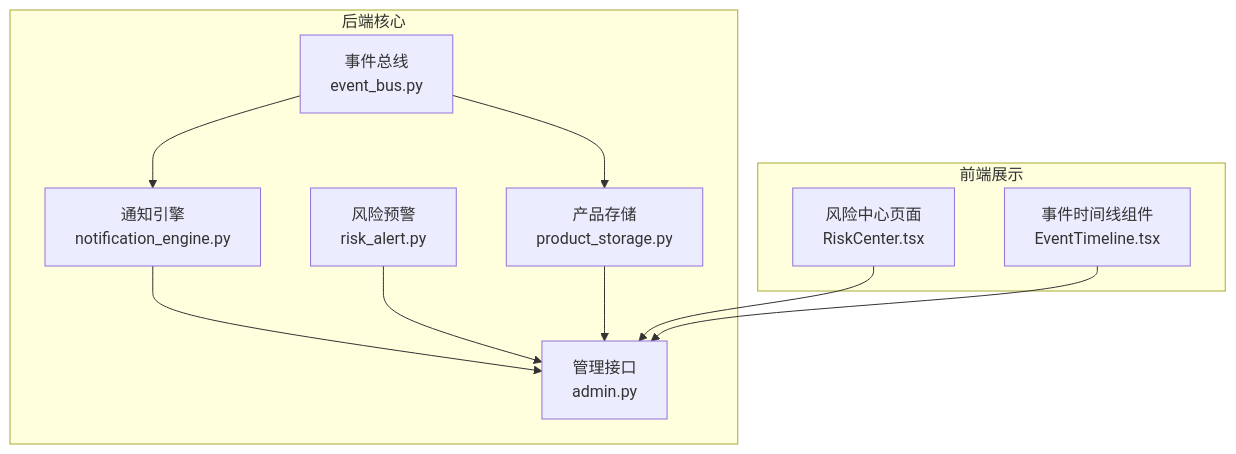
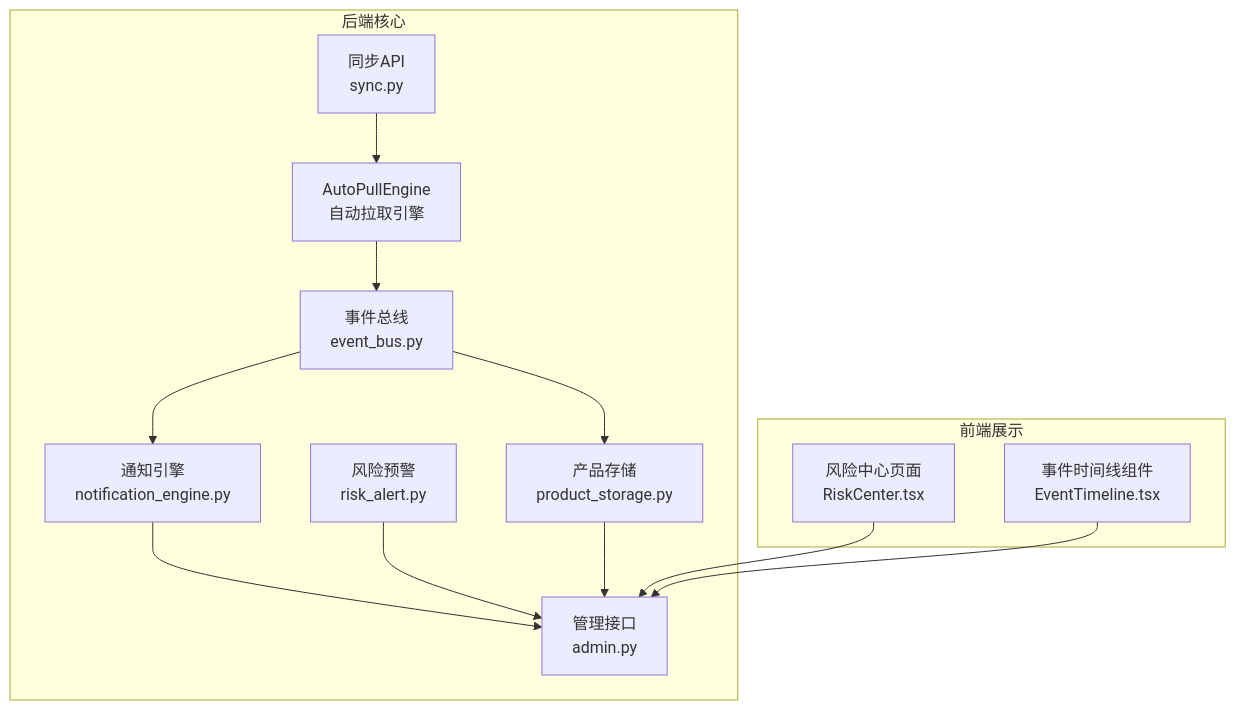
The first of 9 diagrams in .qoder/repowiki/zh/content/监控与运维/日志管理.md (angledick/-), drawn with Mermaid before and after one commit. The commit also changed other lines of this file and 9 other files, not shown here.

````diff
--- a/.qoder/repowiki/zh/content/监控与运维/日志管理.md
+++ b/.qoder/repowiki/zh/content/监控与运维/日志管理.md
@@ -39,21 +56,25 @@
 ```mermaid
 graph TB
 subgraph "后端核心"
+APE["AutoPullEngine<br/>自动拉取引擎"]
 EB["事件总线<br/>event_bus.py"]
 NE["通知引擎<br/>notification_engine.py"]
 RA["风险预警<br/>risk_alert.py"]
 PS["产品存储<br/>product_storage.py"]
 ADM["管理接口<br/>admin.py"]
+SYNCAPI["同步API<br/>sync.py"]
 end
 subgraph "前端展示"
 RC["风险中心页面<br/>RiskCenter.tsx"]
 ET["事件时间线组件<br/>EventTimeline.tsx"]
 end
+APE --> EB
 EB --> PS
 EB --> NE
 NE --> ADM
 RA --> ADM
 PS --> ADM
+SYNCAPI --> APE
 RC --> ADM
 ET --> ADM
 ```
````
